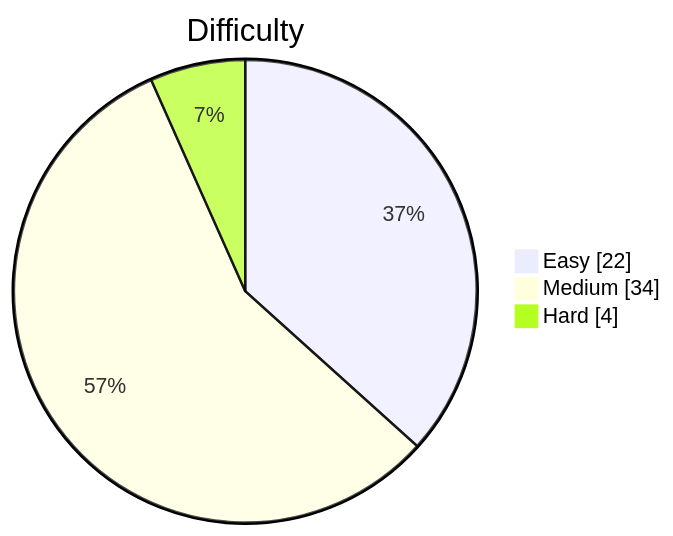
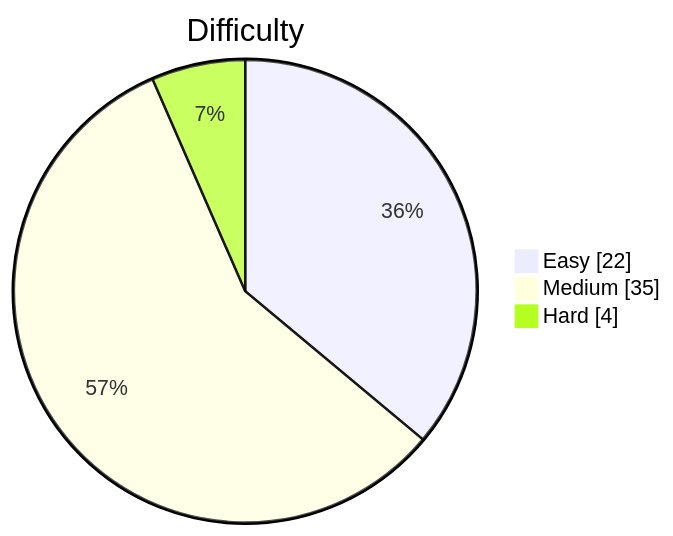
One commit to kevstevie/python-algo-practice changed the diagram in README.md. Above: the diagram before and after it, drawn with Mermaid. The commit also changed other lines of this file, not shown here.

````diff
--- a/README.md
+++ b/README.md
@@ -13,7 +13,7 @@
 ```mermaid
 pie showData
     title Difficulty
     "Easy"   : 22
-    "Medium" : 34
+    "Medium" : 35
     "Hard"   : 4
 ```
````
